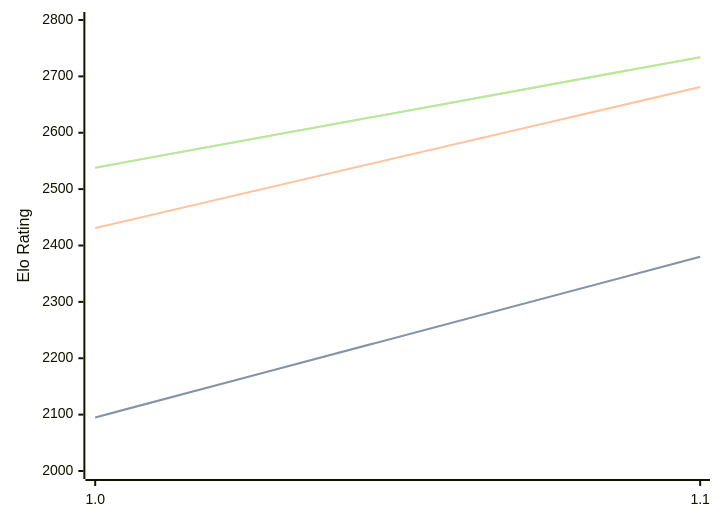
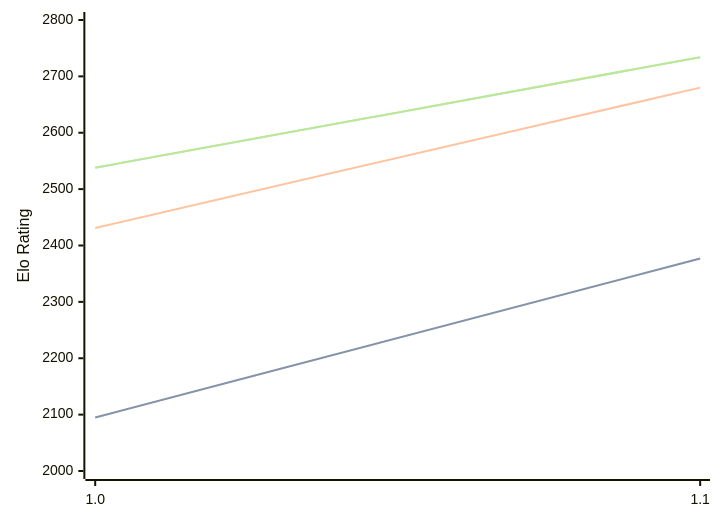
Before and after one commit to computer-chess-index/cci: the diagram in engines/Erinn.md, drawn with Mermaid. The commit also changed other lines of this file, not shown here.

````diff
--- a/engines/Erinn.md
+++ b/engines/Erinn.md
@@ -33,11 +33,11 @@
 ```mermaid
 %%{init: {"theme":"base","themeVariables":{"seriesColors:['#a3a3a3','#222221','#faa371']}}}%%
 xychart-beta
   x-axis ["1.0", "1.1"]
   y-axis "Elo Rating" 2000 --> 2800
-  line "" [2095, 2380]
-  line "STC (8.0+0.08s)" [2095, 2380]
-  line "LTC (60.0+0.60s)" [2431, 2681]
+  line "" [2095, 2377]
+  line "STC (8.0+0.08s)" [2095, 2377]
+  line "LTC (60.0+0.60s)" [2431, 2680]
   line "" [2538, 2734]
   line "VLTC (2m24s+1.12s)" [2538, 2734]
 ```
````
